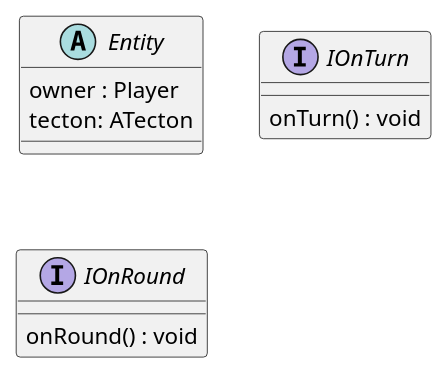
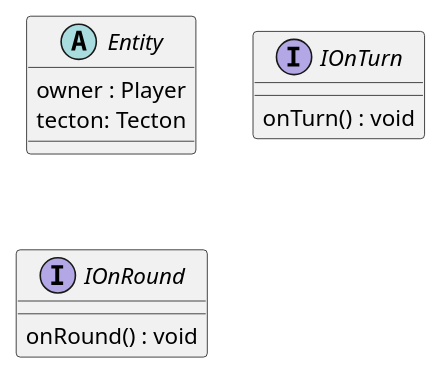
One commit to Petya-G/fungorium changed the diagram in 3/classes/entity.puml. Above: the diagram before and after it, drawn with PlantUML.

Commit message:
fixed entity

```diff
--- a/3/classes/entity.puml
+++ b/3/classes/entity.puml
@@ -1,14 +1,14 @@
 @startuml entity
 abstract class Entity {
     owner : Player
-    tecton: ATecton
+    tecton: Tecton
 }
 
 interface IOnTurn{
     onTurn() : void
 }
 
 interface IOnRound{
     onRound() : void
 }
 @enduml
```
